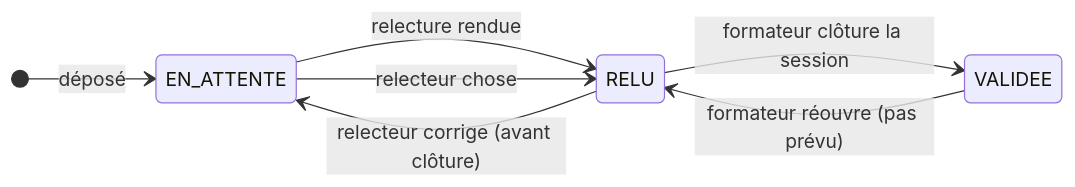
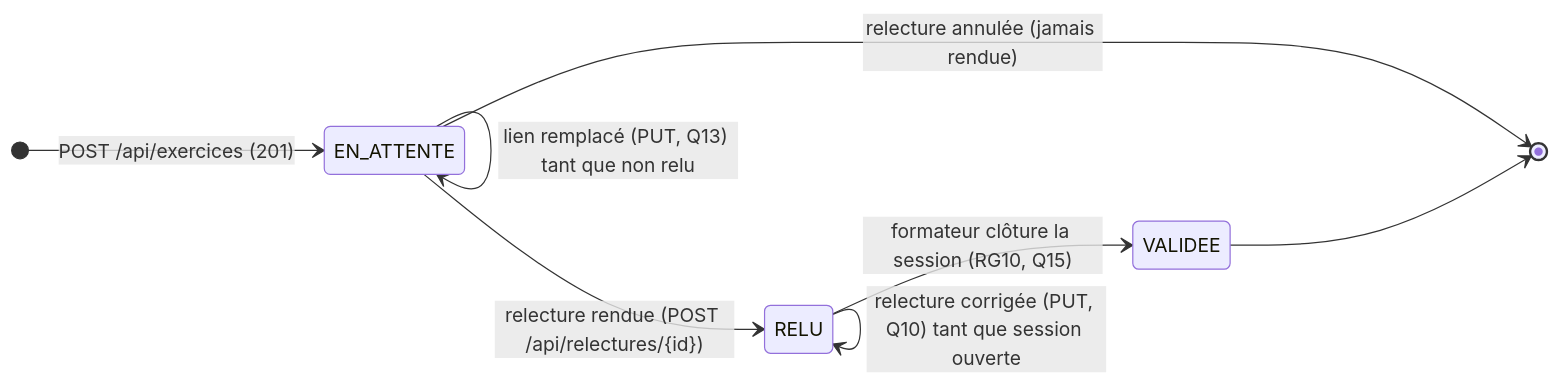
One commit to kossi-cyberr/kfokam48-epreuve--200- changed the second of 2 diagrams in docs/diagrammes/D3-seqence-marcher-sa-presence.md. Above: the diagram before and after it, drawn with Mermaid. The commit also changed other lines of this file and 3 other files, not shown here.

````diff
--- a/docs/diagrammes/D3-seqence-marcher-sa-presence.md
+++ b/docs/diagrammes/D3-seqence-marcher-sa-presence.md
@@ -41,10 +46,11 @@
 ```mermaid
 stateDiagram-v2
     direction LR
-    [*] --> EN_ATTENTE : déposé
-    EN_ATTENTE --> RELU : relecture rendue
-    RELU --> VALIDEE : formateur clôture la session
-    EN_ATTENTE --> RELU : relecteur chose
-    RELU --> EN_ATTENTE : relecteur corrige (avant clôture)
-    VALIDEE --> RELU : formateur réouvre (pas prévu)
+    [*] --> EN_ATTENTE : POST /api/exercices (201)
+    EN_ATTENTE --> RELU : relecture rendue (POST /api/relectures/{id})
+    EN_ATTENTE --> EN_ATTENTE : lien remplacé (PUT, Q13) tant que non relu
+    EN_ATTENTE --> [*] : relecture annulée (jamais rendue)
+    RELU --> RELU : relecture corrigée (PUT, Q10) tant que session ouverte
+    RELU --> VALIDEE : formateur clôture la session (RG10, Q15)
+    VALIDEE --> [*]
 ```
````
